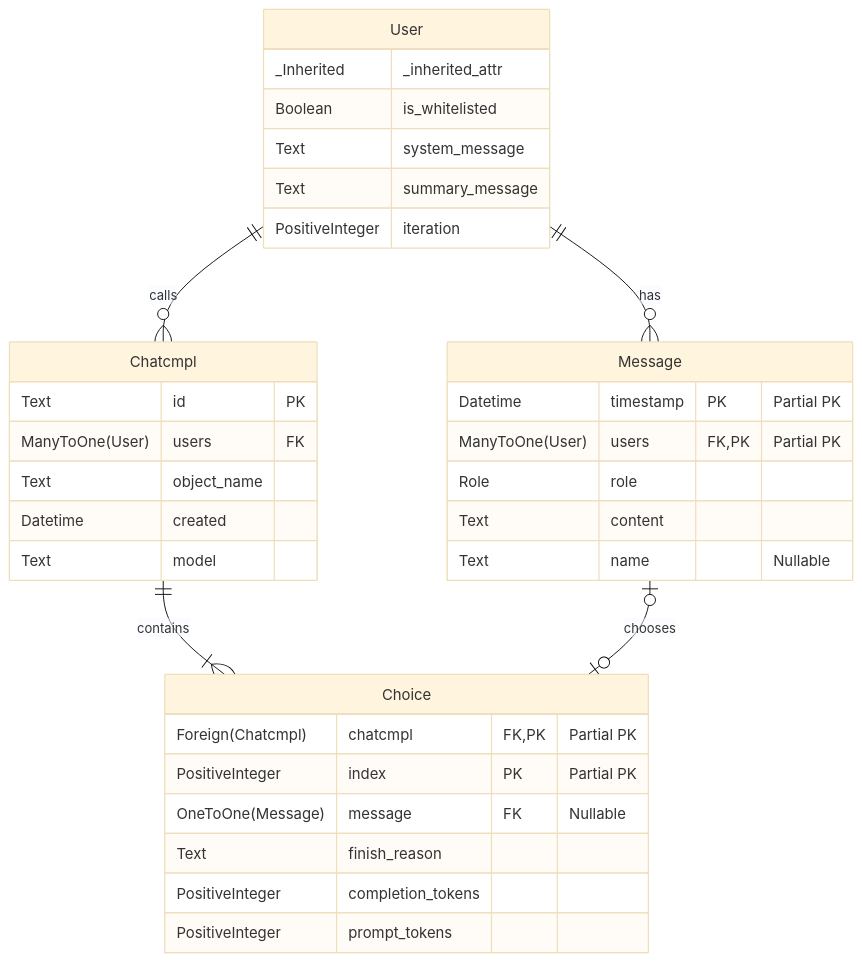
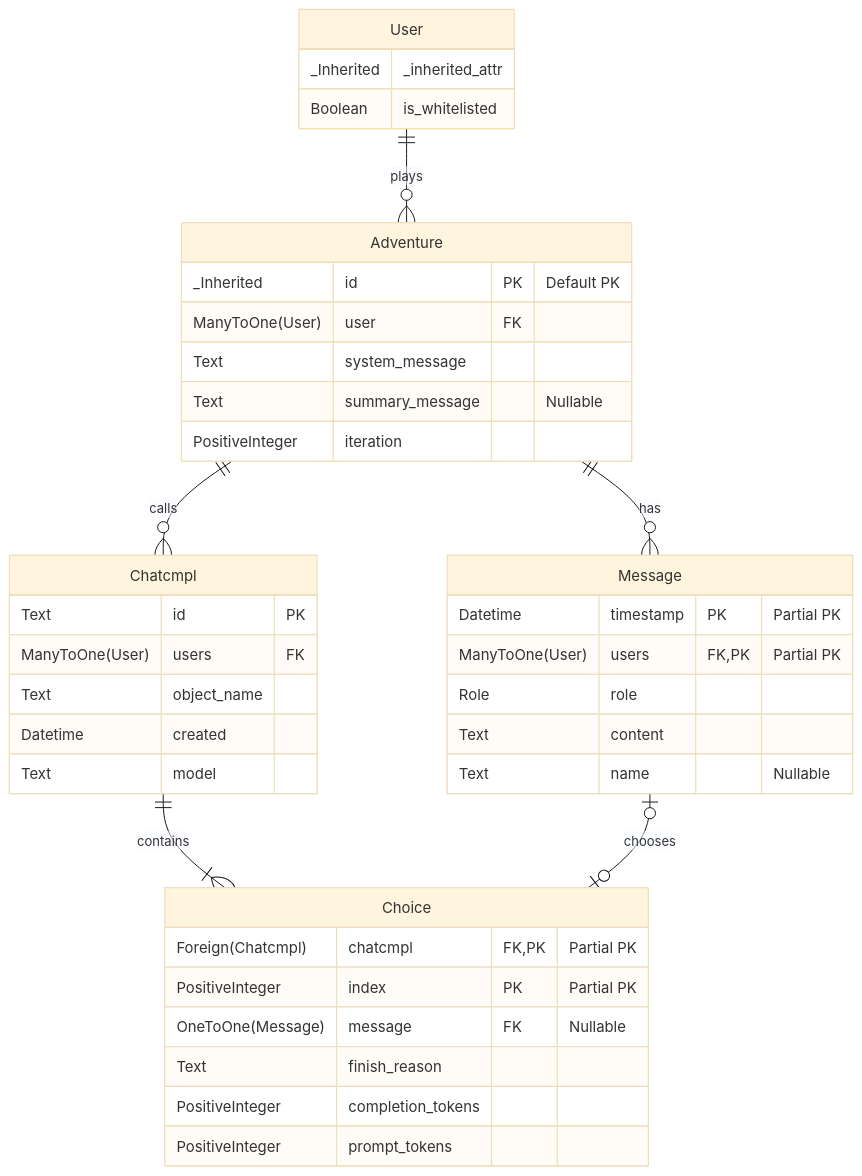
Before and after one commit to LioQing/verbose-adventure: the diagram in README.md, drawn with Mermaid (base theme). The commit also changed 12 other files, not shown here.

````diff
--- a/README.md
+++ b/README.md
@@ -7,43 +7,50 @@
 ```mermaid
 erDiagram
     User {
         _Inherited _inherited_attr
         Boolean is_whitelisted
+    }
+
+    Adventure {
+        _Inherited id PK "Default PK"
+        ManyToOne(User) user FK
         Text system_message
-        Text summary_message
+        Text summary_message "Nullable"
         PositiveInteger iteration
     }
 
     Message {
         Datetime timestamp PK "Partial PK"
         ManyToOne(User) users FK,PK "Partial PK"
         Role role
         Text content
         Text name "Nullable"
     }
 
     Chatcmpl {
         Text id PK
         ManyToOne(User) users FK
         Text object_name
         Datetime created
         Text model
     }
 
     Choice {
         Foreign(Chatcmpl) chatcmpl FK,PK "Partial PK"
         PositiveInteger index PK "Partial PK"
         OneToOne(Message) message FK "Nullable"
         Text finish_reason
         PositiveInteger completion_tokens
         PositiveInteger prompt_tokens
     }
 
-    User ||--o{ Message : has
+    User ||--o{ Adventure : plays
 
-    User ||--o{ Chatcmpl : calls
+    Adventure ||--o{ Message : has
+
+    Adventure ||--o{ Chatcmpl : calls
 
     Chatcmpl ||--|{ Choice : contains
 
     Message |o--o| Choice : chooses
 ```
````
